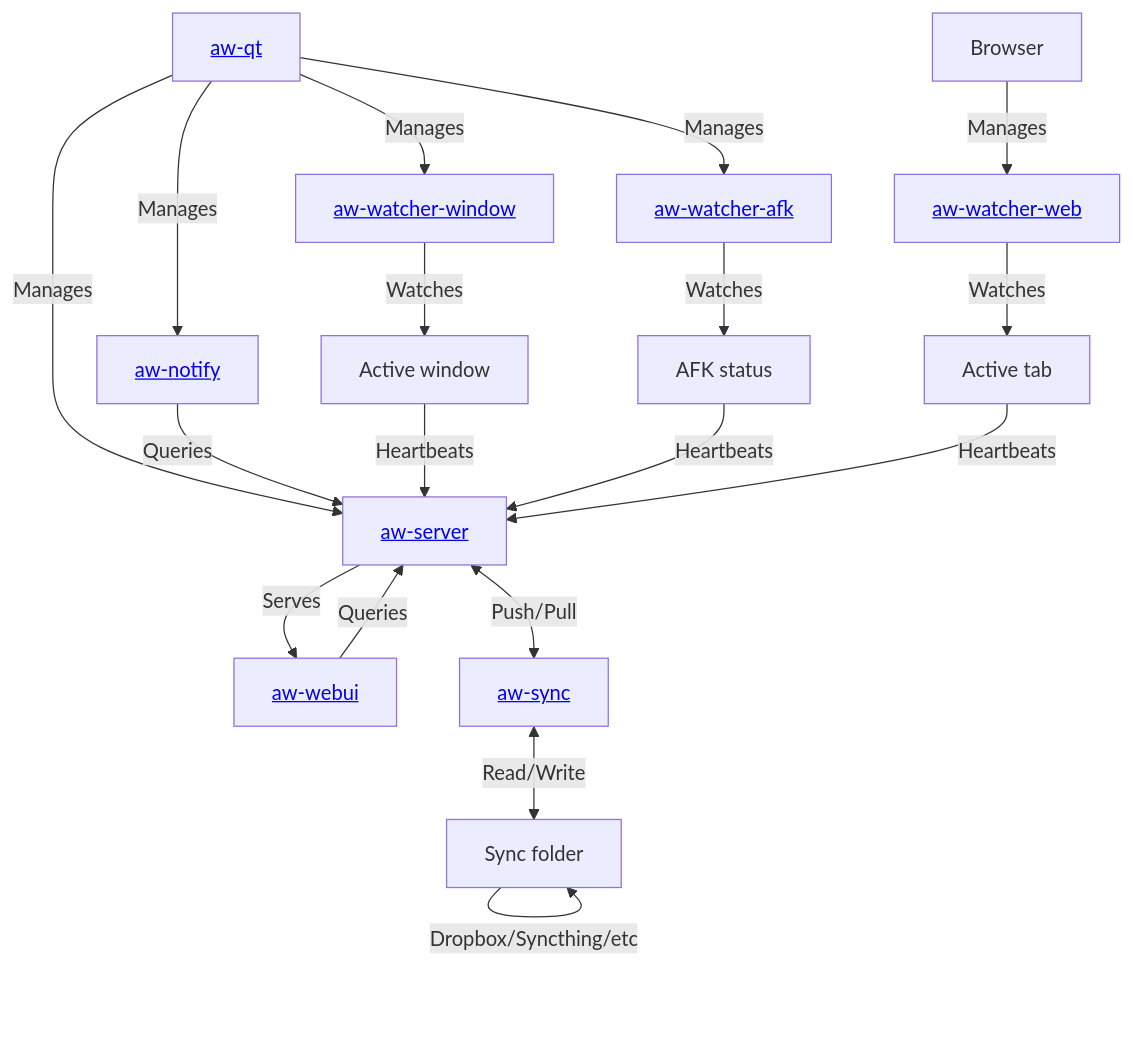
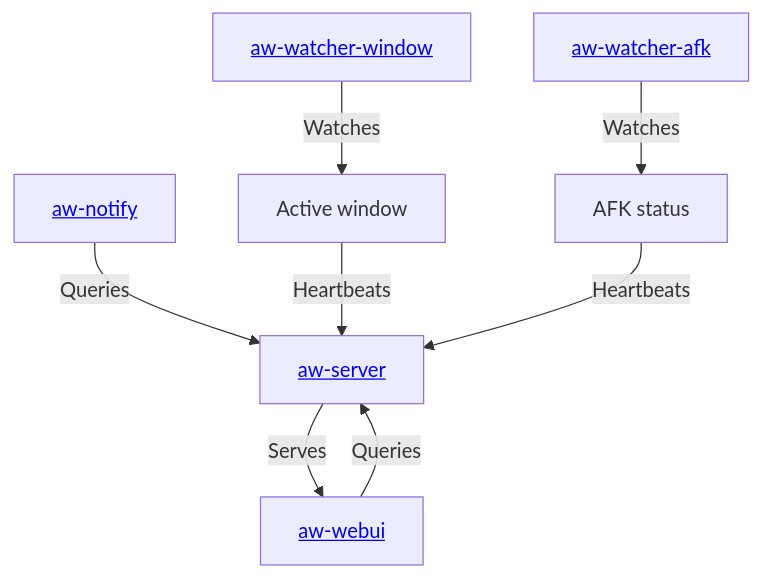
Before and after one commit to ironcatan/chronly-docker: the diagram in README.md, drawn with Mermaid. The commit also changed other lines of this file, not shown here.

First line of the commit message:
docs: trim README to Chronly-relevant content

````diff
--- a/README.md
+++ b/README.md
@@ -192,36 +46,16 @@
 ```mermaid
 graph TD;
-  aw-qt[<a href='https://github.com/ActivityWatch/aw-qt'>aw-qt</a>];
-  aw-notify[<a href='https://github.com/ActivityWatch/aw-notify-rs'>aw-notify</a>];
-  aw-server[<a href='https://github.com/ActivityWatch/aw-server'>aw-server</a>];
-  aw-webui[<a href='https://github.com/ActivityWatch/aw-webui'>aw-webui</a>];
+  aw-notify[<a href='https://github.com/ironcatan/aw-notify-chronly'>aw-notify</a>];
+  aw-server[<a href='https://github.com/ironcatan/aw-server-es'>aw-server</a>];
+  aw-webui[<a href='https://github.com/ironcatan/aw-webui-es'>aw-webui</a>];
   aw-watcher-window[<a href='https://github.com/ActivityWatch/aw-watcher-window'>aw-watcher-window</a>];
   aw-watcher-afk[<a href='https://github.com/ActivityWatch/aw-watcher-afk'>aw-watcher-afk</a>];
-  aw-watcher-web[<a href='https://github.com/ActivityWatch/aw-watcher-web'>aw-watcher-web</a>];
-  aw-sync[<a href='https://github.com/ActivityWatch/aw-server-rust/tree/master/aw-sync'>aw-sync</a>];
 
-  aw-qt -- Manages --> aw-server;
-  aw-qt -- Manages --> aw-notify -- Queries --> aw-server;
-  aw-qt -- Manages --> aw-watcher-window -- Watches --> S1[Active window] -- Heartbeats --> aw-server;
-  aw-qt -- Manages --> aw-watcher-afk -- Watches --> S2[AFK status] -- Heartbeats --> aw-server;
-  Browser -- Manages --> aw-watcher-web -- Watches --> S3[Active tab] -- Heartbeats --> aw-server;
-  SF -- Dropbox/Syncthing/etc --> SF;
-  aw-server <-- Push/Pull --> aw-sync <-- Read/Write --> SF[Sync folder];
+  aw-notify -- Queries --> aw-server;
+  aw-watcher-window -- Watches --> S1[Active window] -- Heartbeats --> aw-server;
+  aw-watcher-afk -- Watches --> S2[AFK status] -- Heartbeats --> aw-server;
   aw-server -- Serves --> aw-webui -- Queries --> aw-server;
-
-  %% User -- Interacts --> aw-webui;
-  %% User -- Observes --> aw-notify;
-  %% User -- Interacts --> aw-qt;
 
 classDef lightMode fill:#FFFFFF, stroke:#333333, color:#333333;
 classDef darkMode fill:#333333, stroke:#FFFFFF, color:#FFFFFF;
-
-classDef lightModeLinks stroke:#333333;
-classDef darkModeLinks stroke:#FFFFFF;
-
-class A,B,C,D,E,G lightMode;
-class A,B,C,D,E,G darkMode;
-
-%% linkStyle 0 stroke:#FF4136, stroke-width:2px;
-%% linkStyle 1 stroke:#1ABC9C, stroke-width:2px;
 ```
````
